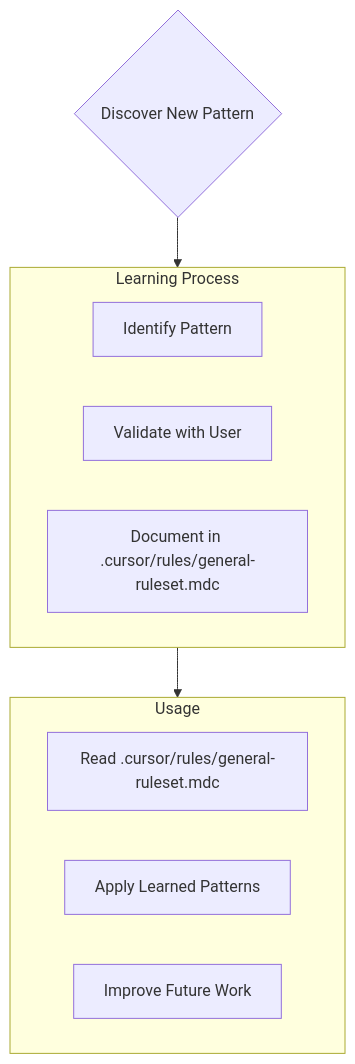
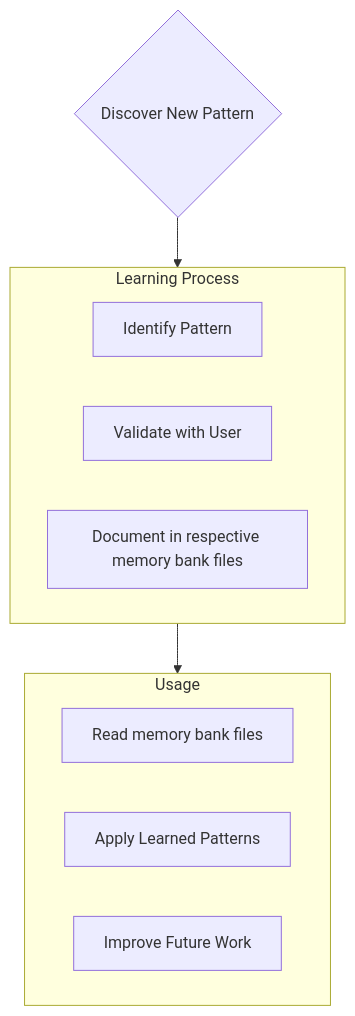
One commit to yardobr/cursor-memory-bank changed the fifth of 5 diagrams in memorybank-rule.md. Above: the diagram before and after it, drawn with Mermaid. The commit also changed other lines of this file, not shown here.

Commit message:
Update memory bank rule

````diff
--- a/memorybank-rule.md
+++ b/memorybank-rule.md
@@ -123,19 +123,19 @@
 ```mermaid
 flowchart TD
     Start{Discover New Pattern}
     
     subgraph Learn [Learning Process]
         D1[Identify Pattern]
         D2[Validate with User]
-        D3[Document in .cursor/rules/general-ruleset.mdc]
+        D3[Document in respective memory bank files]
     end
     
     subgraph Apply [Usage]
-        A1[Read .cursor/rules/general-ruleset.mdc]
+        A1[Read memory bank files]
         A2[Apply Learned Patterns]
         A3[Improve Future Work]
     end
     
     Start --> Learn
     Learn --> Apply
 ```
````
